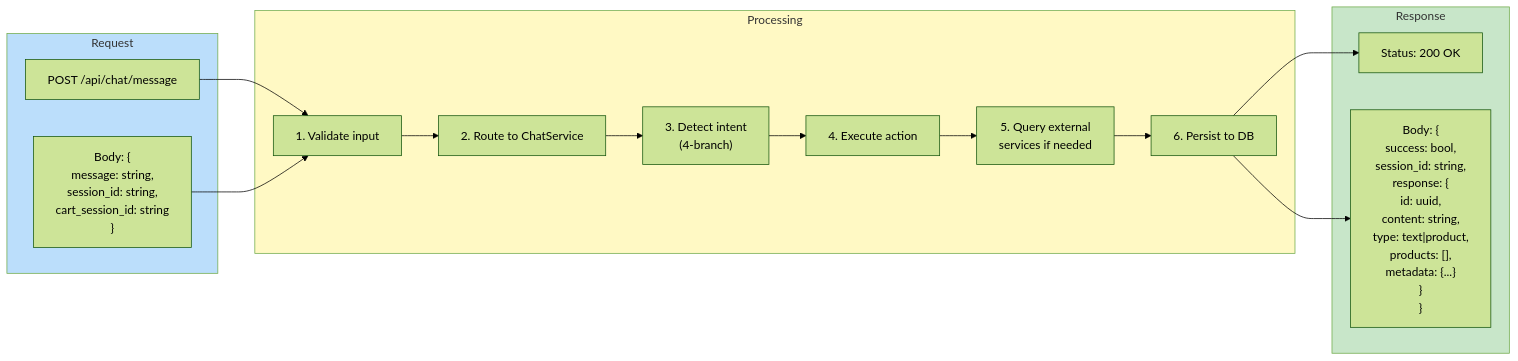
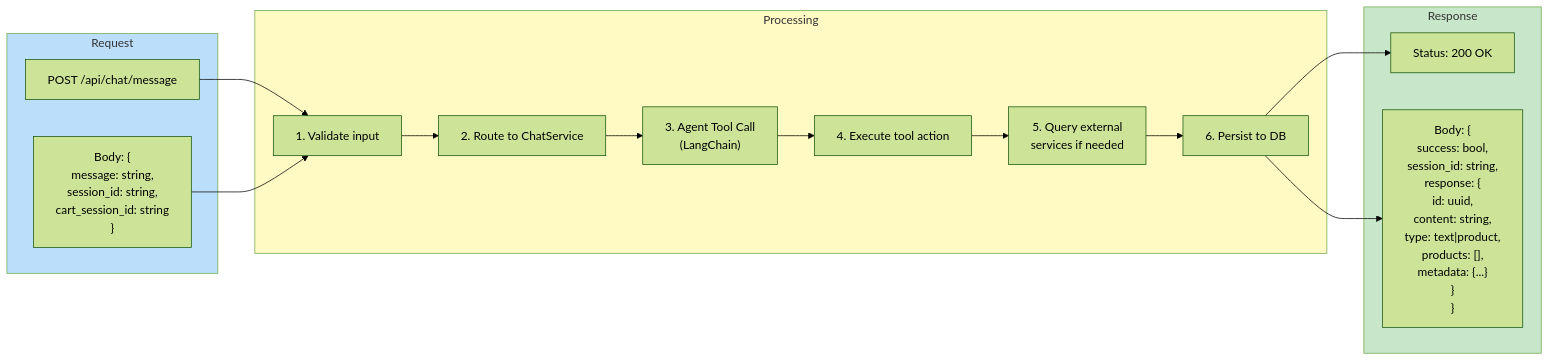
The sixth of 12 diagrams in DIAGRAMS.md (moafiif01/ecommerce_AI_agent), drawn with Mermaid (forest theme) before and after one commit. The commit also changed other lines of this file and 2 other files, not shown here.

Commit message:
docs: update system diagrams and project outlines to reflect autonomous tooling architecture

````diff
--- a/DIAGRAMS.md
+++ b/DIAGRAMS.md
@@ -296,35 +276,35 @@
 ```mermaid
 graph LR
     subgraph Request["Request"]
         Req1["POST /api/chat/message"]
         Req2["Body: {<br/>message: string,<br/>session_id: string,<br/>cart_session_id: string<br/>}"]
     end
     
     subgraph Processing["Processing"]
         Proc1["1. Validate input"]
         Proc2["2. Route to ChatService"]
-        Proc3["3. Detect intent<br/>(4-branch)"]
-        Proc4["4. Execute action"]
+        Proc3["3. Agent Tool Call<br/>(LangChain)"]
+        Proc4["4. Execute tool action"]
         Proc5["5. Query external<br/>services if needed"]
         Proc6["6. Persist to DB"]
     end
     
     subgraph Response["Response"]
         Resp1["Status: 200 OK"]
         Resp2["Body: {<br/>success: bool,<br/>session_id: string,<br/>response: {<br/>  id: uuid,<br/>  content: string,<br/>  type: text|product,<br/>  products: [],<br/>  metadata: {...}<br/>}<br/>}"]
     end
     
     Req1 --> Proc1
     Req2 --> Proc1
     Proc1 --> Proc2
     Proc2 --> Proc3
     Proc3 --> Proc4
     Proc4 --> Proc5
     Proc5 --> Proc6
     Proc6 --> Resp1
     Proc6 --> Resp2
     
     style Request fill:#bbdefb
     style Processing fill:#fff9c4
     style Response fill:#c8e6c9
 ```
````
